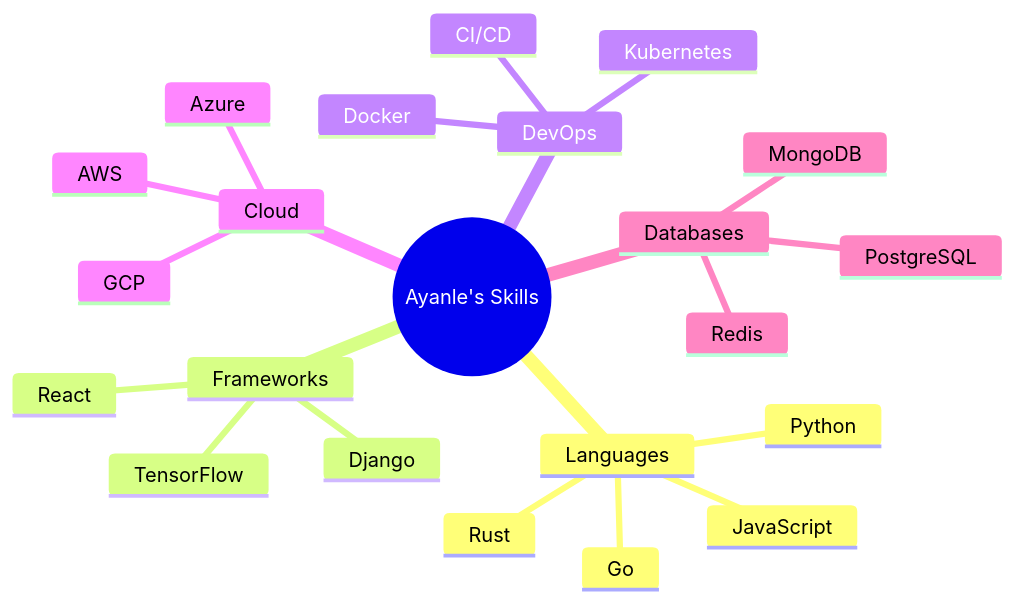
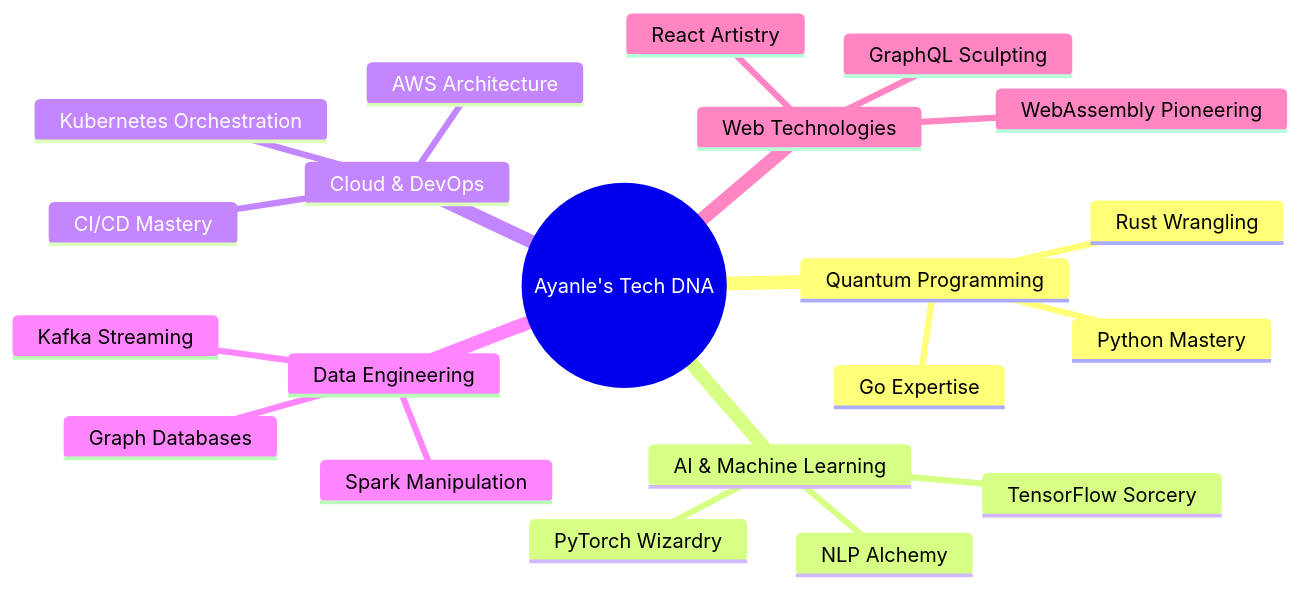
Before and after one commit to Ayanleaideed/Ayanleaideed: the second of 2 diagrams in README.md, drawn with Mermaid. The commit also changed other lines of this file, not shown here.

````diff
--- a/README.md
+++ b/README.md
@@ -67,25 +62,24 @@
 ```mermaid
 mindmap
-  root((Ayanle's Skills))
-    Languages
-      Python
-      JavaScript
-      Rust
-      Go
-    Frameworks
-      Django
-      React
-      TensorFlow
-    DevOps
-      Docker
-      Kubernetes
-      CI/CD
-    Cloud
-      AWS
-      GCP
-      Azure
-    Databases
-      PostgreSQL
-      MongoDB
-      Redis
+  root((Ayanle's Tech DNA))
+    Quantum Programming
+      Python Mastery
+      Rust Wrangling
+      Go Expertise
+    AI & Machine Learning
+      TensorFlow Sorcery
+      PyTorch Wizardry
+      NLP Alchemy
+    Cloud & DevOps
+      Kubernetes Orchestration
+      AWS Architecture
+      CI/CD Mastery
+    Data Engineering
+      Spark Manipulation
+      Kafka Streaming
+      Graph Databases
+    Web Technologies
+      React Artistry
+      GraphQL Sculpting
+      WebAssembly Pioneering
 ```
````
